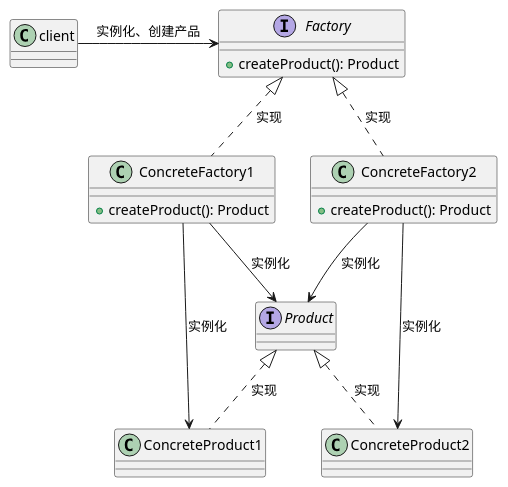
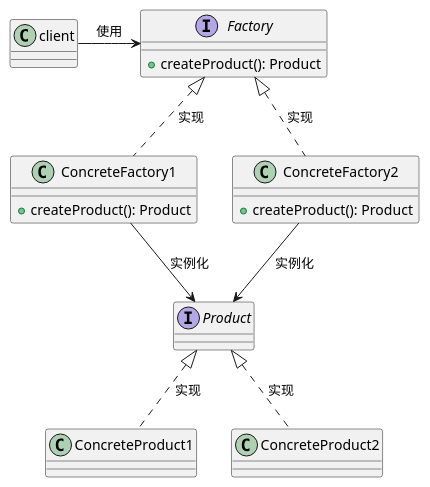
One commit to lordking/gof-design-patterns changed the diagram in factory-method/diagrams/src/puml/structure.puml. Above: the diagram before and after it, drawn with PlantUML. The commit also changed 11 other files, not shown here.

```diff
--- a/factory-method/diagrams/src/puml/structure.puml
+++ b/factory-method/diagrams/src/puml/structure.puml
@@ -1,32 +1,27 @@
-@startuml 结构图
+@startuml structure
 interface Factory {
   +createProduct(): Product
 }
 
 class ConcreteFactory1  {
   +createProduct(): Product
 }
 
 class ConcreteFactory2  {
   +createProduct(): Product
 }
 
 interface Product {}
 
-client -right-> Factory : 实例化、创建产品
+client -right-> Factory : 使用
 
 Factory <|.down. ConcreteFactory1 : 实现
 Factory <|.down. ConcreteFactory2 : 实现
 
+ConcreteFactory1 --> Product : 实例化
+ConcreteFactory2 --> Product : 实例化
 
-ConcreteFactory1 --> Product : 实例化
-ConcreteFactory1 --> ConcreteProduct1 : 实例化
 Product <|.. ConcreteProduct1 : 实现
-
-ConcreteFactory2 --> Product : 实例化
-ConcreteFactory2 --> ConcreteProduct2 : 实例化
 Product <|.. ConcreteProduct2 : 实现
 
-
-
 @enduml
```
